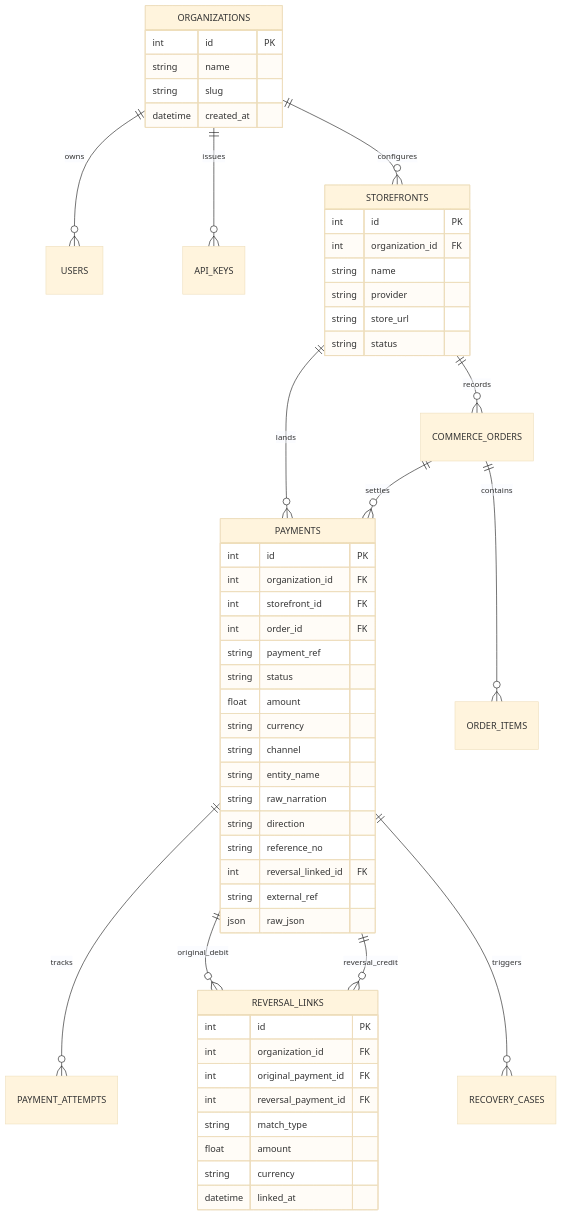
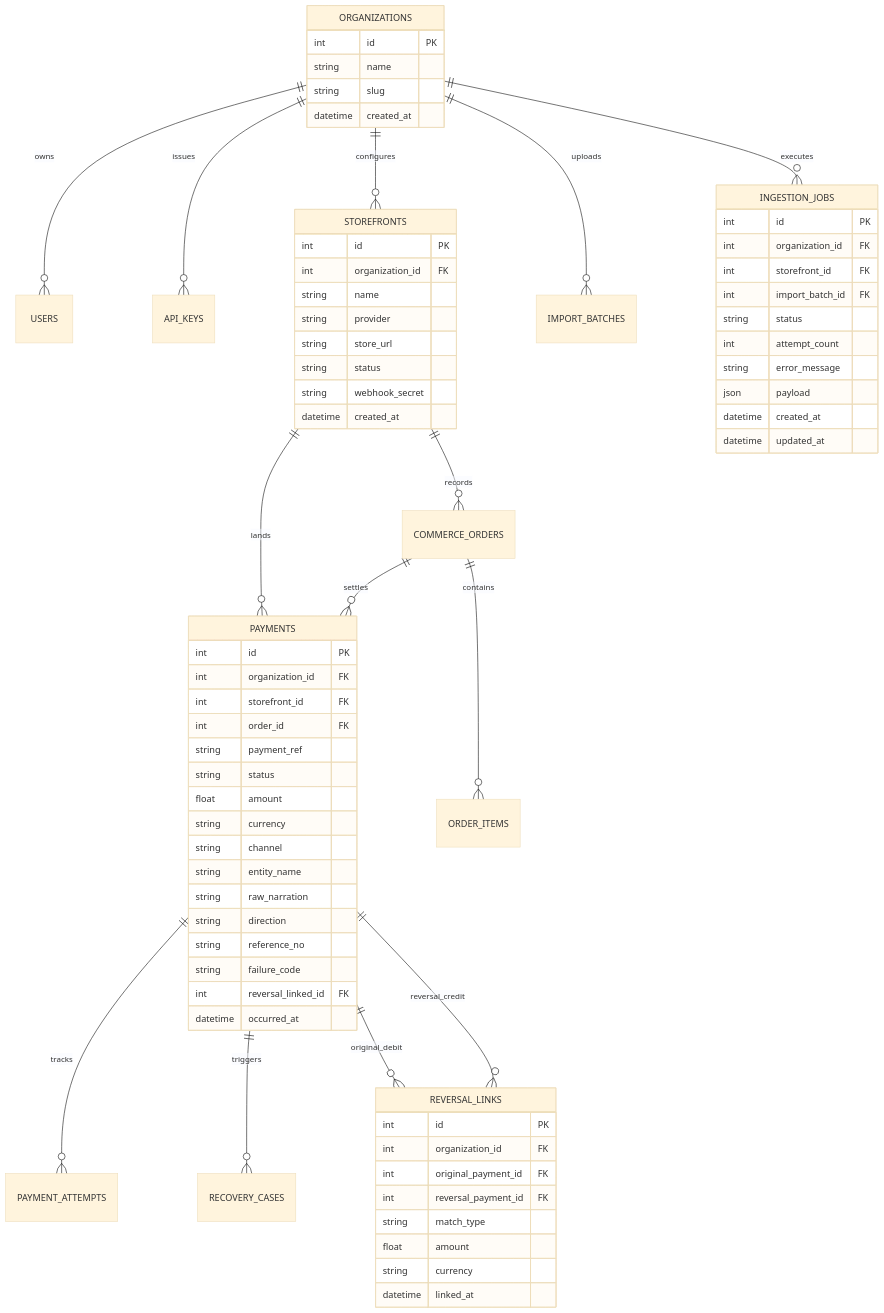
The fourth of 4 diagrams in MASTER_SPECIFICATION.md (Ruturaj-jawale/commerce-buzz), drawn with Mermaid (base theme) before and after one commit. The commit also changed other lines of this file and 8 other files, not shown here.

Commit message:
feat: add payment rail volume donut, cumulative liquidity trajectory, reversal flow chart, and database backfill for banking analytics

````diff
--- a/MASTER_SPECIFICATION.md
+++ b/MASTER_SPECIFICATION.md
@@ -185,60 +246,77 @@
 ```mermaid
 erDiagram
     ORGANIZATIONS ||--o{ USERS : owns
     ORGANIZATIONS ||--o{ API_KEYS : issues
     ORGANIZATIONS ||--o{ STOREFRONTS : configures
+    ORGANIZATIONS ||--o{ IMPORT_BATCHES : uploads
+    ORGANIZATIONS ||--o{ INGESTION_JOBS : executes
     STOREFRONTS ||--o{ COMMERCE_ORDERS : records
     STOREFRONTS ||--o{ PAYMENTS : lands
     COMMERCE_ORDERS ||--o{ ORDER_ITEMS : contains
     COMMERCE_ORDERS ||--o{ PAYMENTS : settles
     PAYMENTS ||--o{ PAYMENT_ATTEMPTS : tracks
+    PAYMENTS ||--o{ RECOVERY_CASES : triggers
     PAYMENTS ||--o{ REVERSAL_LINKS : "original_debit"
     PAYMENTS ||--o{ REVERSAL_LINKS : "reversal_credit"
-    PAYMENTS ||--o{ RECOVERY_CASES : triggers
 
     ORGANIZATIONS {
         int id PK
         string name
         string slug
         datetime created_at
     }
 
     STOREFRONTS {
         int id PK
         int organization_id FK
         string name
         string provider
         string store_url
         string status
+        string webhook_secret
+        datetime created_at
     }
 
     PAYMENTS {
         int id PK
         int organization_id FK
         int storefront_id FK
         int order_id FK
         string payment_ref
         string status
         float amount
         string currency
         string channel
         string entity_name
         string raw_narration
         string direction
         string reference_no
+        string failure_code
         int reversal_linked_id FK
-        string external_ref
-        json raw_json
+        datetime occurred_at
     }
 
     REVERSAL_LINKS {
         int id PK
         int organization_id FK
         int original_payment_id FK
         int reversal_payment_id FK
         string match_type
         float amount
         string currency
         datetime linked_at
     }
+
+    INGESTION_JOBS {
+        int id PK
+        int organization_id FK
+        int storefront_id FK
+        int import_batch_id FK
+        string status
+        int attempt_count
+        string error_message
+        json payload
+        datetime created_at
+        datetime updated_at
+    }
 ```
````
